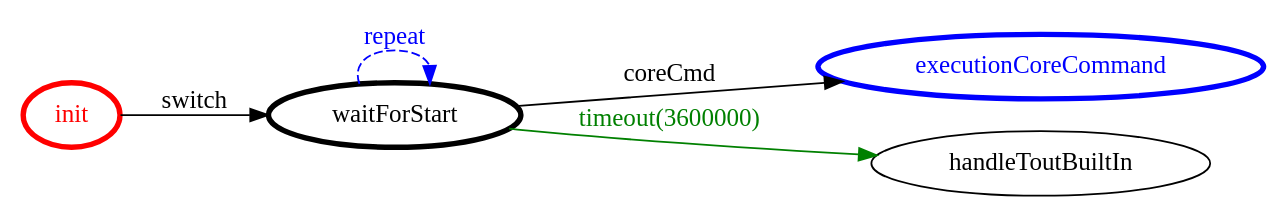
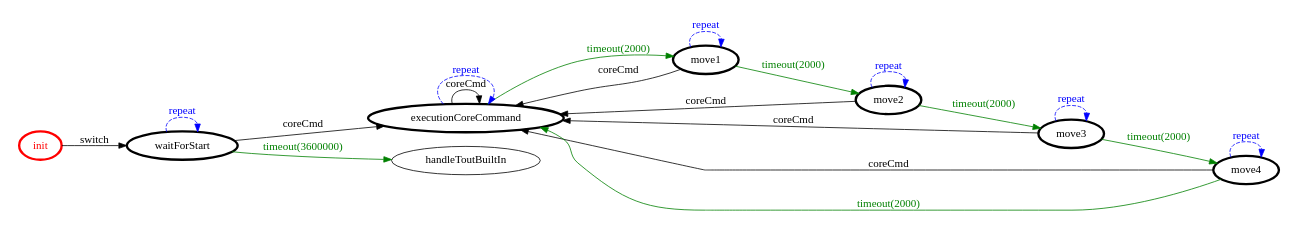
Before and after one commit to FraGio/iss2018: the diagram in it.unibo.projectRobot/srcMore/it/unibo/movecorelogic/movecorelogic.gv, drawn with Graphviz. The commit also changed 54 other files, not shown here.

```diff
--- a/it.unibo.projectRobot/srcMore/it/unibo/movecorelogic/movecorelogic.gv
+++ b/it.unibo.projectRobot/srcMore/it/unibo/movecorelogic/movecorelogic.gv
@@ -1,20 +1,39 @@
 /*
 *
 * A GraphViz DOT FSM description 
 * Please use a GraphViz visualizer (like http://www.webgraphviz.com)
 *  
 */
 
 digraph finite_state_machine {
 	rankdir=LR
 	size="8,5"
 	
 	init [ color = red ][ fontcolor = red ][ penwidth = 3 ]
+	move1 [ color = black ][ fontcolor = black ][ penwidth = 3 ]
+	move2 [ color = black ][ fontcolor = black ][ penwidth = 3 ]
+	move3 [ color = black ][ fontcolor = black ][ penwidth = 3 ]
+	move4 [ color = black ][ fontcolor = black ][ penwidth = 3 ]
 	waitForStart [ color = black ][ fontcolor = black ][ penwidth = 3 ]
-	executionCoreCommand [ color = blue ][ fontcolor = blue ][ penwidth = 3 ]
+	executionCoreCommand [ color = black ][ fontcolor = black ][ penwidth = 3 ]
 	
+	move1 -> move2 [ label = "timeout(2000)" ][ color = green ][ fontcolor = green ]
+	executionCoreCommand -> move1 [ label = "timeout(2000)" ][ color = green ][ fontcolor = green ]
+	executionCoreCommand -> executionCoreCommand [ label = "coreCmd" ][ color = black ][ fontcolor = black ]
 	waitForStart -> handleToutBuiltIn [ label = "timeout(3600000)" ][ color = green ][ fontcolor = green ]
+	move4 -> executionCoreCommand [ label = "coreCmd" ][ color = black ][ fontcolor = black ]
+	executionCoreCommand -> executionCoreCommand [ label = "repeat "][ style = dashed ][ color = blue ][ fontcolor = blue ]
+	move4 -> move4 [ label = "repeat "][ style = dashed ][ color = blue ][ fontcolor = blue ]
+	move2 -> move3 [ label = "timeout(2000)" ][ color = green ][ fontcolor = green ]
+	move3 -> executionCoreCommand [ label = "coreCmd" ][ color = black ][ fontcolor = black ]
+	move3 -> move3 [ label = "repeat "][ style = dashed ][ color = blue ][ fontcolor = blue ]
+	move4 -> executionCoreCommand [ label = "timeout(2000)" ][ color = green ][ fontcolor = green ]
+	move1 -> executionCoreCommand [ label = "coreCmd" ][ color = black ][ fontcolor = black ]
+	move2 -> executionCoreCommand [ label = "coreCmd" ][ color = black ][ fontcolor = black ]
+	move3 -> move4 [ label = "timeout(2000)" ][ color = green ][ fontcolor = green ]
+	move2 -> move2 [ label = "repeat "][ style = dashed ][ color = blue ][ fontcolor = blue ]
+	move1 -> move1 [ label = "repeat "][ style = dashed ][ color = blue ][ fontcolor = blue ]
 	waitForStart -> executionCoreCommand [ label = "coreCmd" ][ color = black ][ fontcolor = black ]
 	waitForStart -> waitForStart [ label = "repeat "][ style = dashed ][ color = blue ][ fontcolor = blue ]
 	init -> waitForStart [ label = "switch" ][ color = black ][ fontcolor = black ]
 }
```
